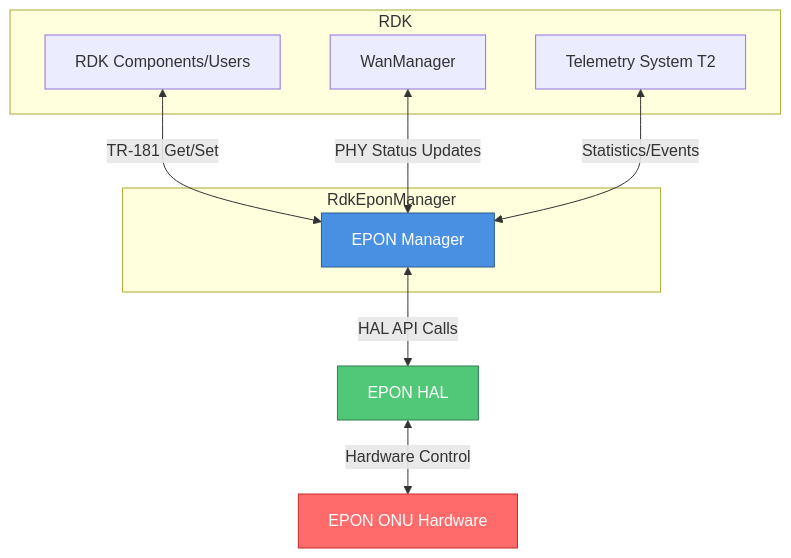
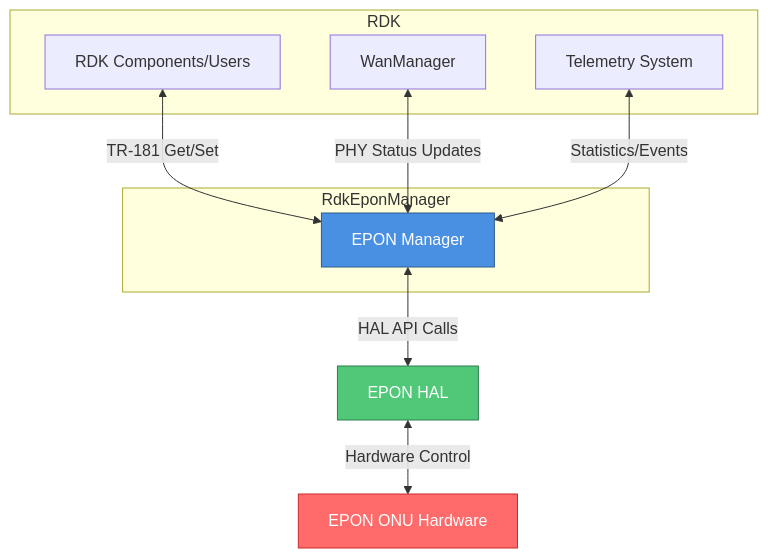
The first of 5 diagrams in design_docs/02_Architecture.md (rdkcentral/epon-manager), drawn with Mermaid before and after one commit. The commit also changed 1 other file, not shown here.

Commit message:
refactor: Update sequence diagrams to improve clarity and structure

````diff
--- a/design_docs/02_Architecture.md
+++ b/design_docs/02_Architecture.md
@@ -7,25 +7,25 @@
 ```mermaid
 graph TB
     subgraph RDK
         User[RDK Components/Users]
         WM[WanManager]
-        T2[Telemetry System T2]
+        T2[Telemetry System ]
     end
     
     subgraph RdkEponManager
         EPM[EPON Manager]
     end
     
     HAL[EPON HAL]
     HW[EPON ONU Hardware]
     
     User <-->|TR-181 Get/Set| EPM
     WM <-->|PHY Status Updates| EPM
     T2 <-->|Statistics/Events| EPM
     EPM <-->|HAL API Calls| HAL
     HAL <-->|Hardware Control| HW
     
     style EPM fill:#4A90E2,stroke:#2E5C8A,color:#fff
     style HAL fill:#50C878,stroke:#2E7D4E,color:#fff
     style HW fill:#FF6B6B,stroke:#C92A2A,color:#fff
 ```
````
